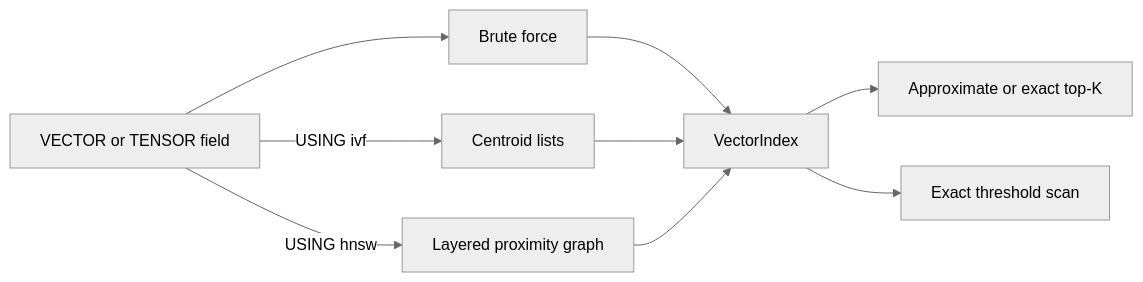
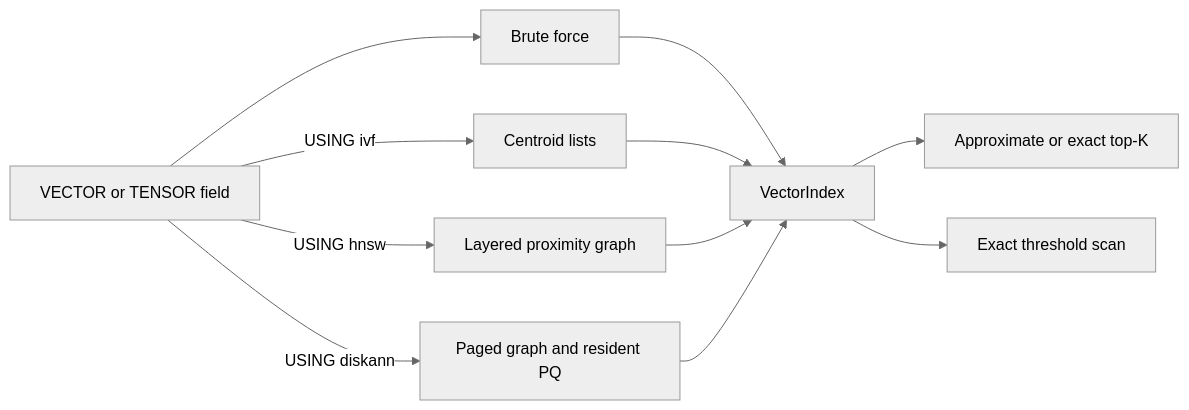
The diagram in docs/design/vector-indexes.md (cognica-io/uqa-engine), drawn with Mermaid (neutral theme) before and after one commit. The commit also changed other lines of this file and 40 other files, not shown here.

First line of the commit message:
Verify DiskANN binding examples and persistent reopen (#226)

````diff
--- a/docs/design/vector-indexes.md
+++ b/docs/design/vector-indexes.md
@@ -9,11 +9,13 @@
 ```mermaid
 flowchart LR
     Field["VECTOR or TENSOR field"] --> Exact["Brute force"]
     Field -->|"USING ivf"| IVF["Centroid lists"]
     Field -->|"USING hnsw"| HNSW["Layered proximity graph"]
+    Field -->|"USING diskann"| DiskANN["Paged graph and resident PQ"]
     Exact --> Contract["VectorIndex"]
     IVF --> Contract
     HNSW --> Contract
+    DiskANN --> Contract
     Contract --> KNN["Approximate or exact top-K"]
     Contract --> Threshold["Exact threshold scan"]
 ```
````
